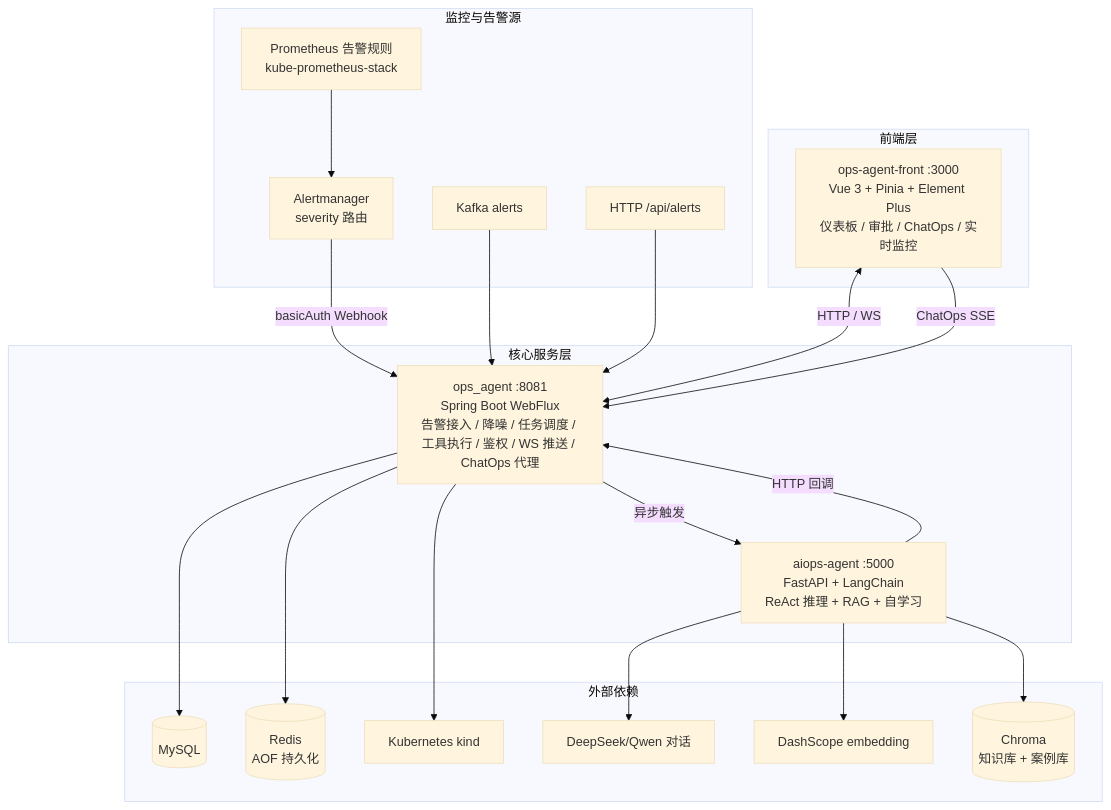
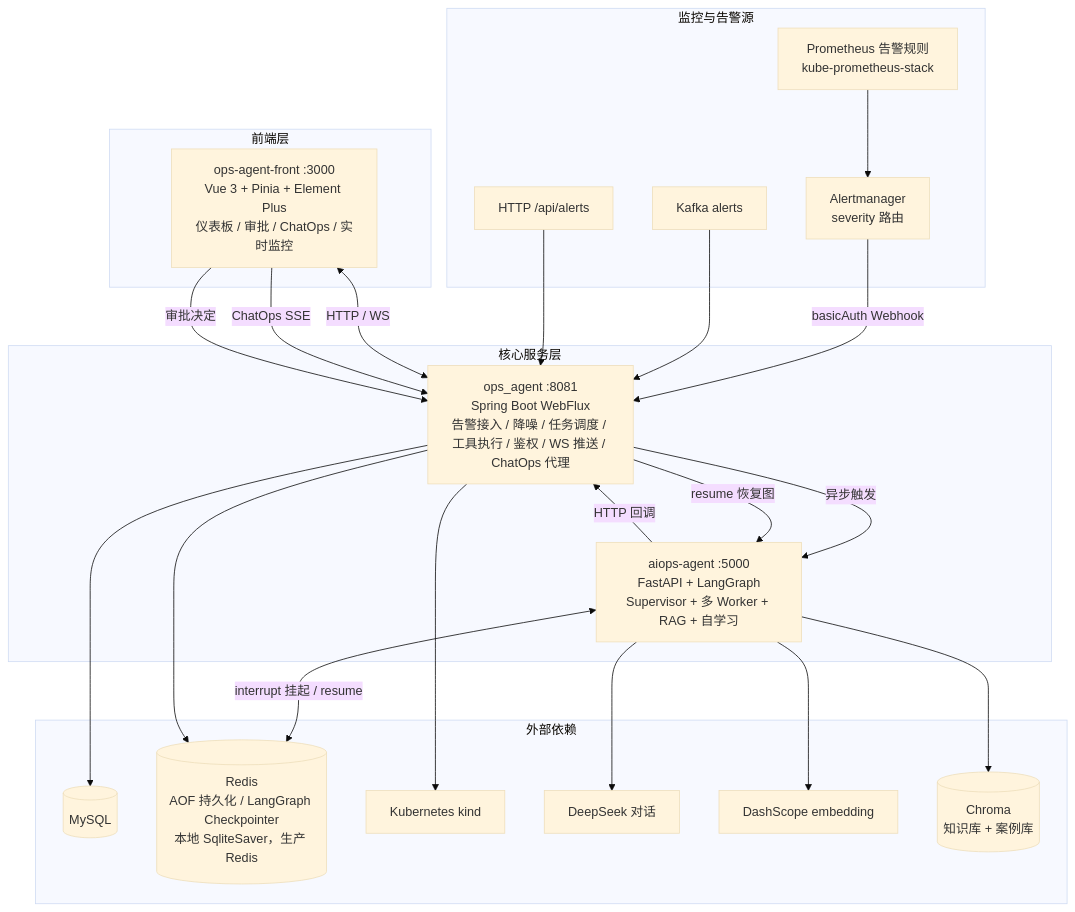
One commit to scwjsdgs/AiOps changed the first of 2 diagrams in README.md. Above: the diagram before and after it, drawn with Mermaid (base theme). The commit also changed other lines of this file and 2 other files, not shown here.

````diff
--- a/README.md
+++ b/README.md
@@ -36,42 +36,45 @@
 ```mermaid
 flowchart TB
     subgraph 监控与告警源
         PR[Prometheus 告警规则<br>kube-prometheus-stack]
         AM[Alertmanager<br>severity 路由]
         K[Kafka alerts]
         H[HTTP /api/alerts]
     end
 
     subgraph 前端层
         F[ops-agent-front :3000<br>Vue 3 + Pinia + Element Plus<br>仪表板 / 审批 / ChatOps / 实时监控]
     end
 
     subgraph 核心服务层
         J[ops_agent :8081<br>Spring Boot WebFlux<br>告警接入 / 降噪 / 任务调度 / 工具执行 / 鉴权 / WS 推送 / ChatOps 代理]
-        P[aiops-agent :5000<br>FastAPI + LangChain<br>ReAct 推理 + RAG + 自学习]
+        P[aiops-agent :5000<br>FastAPI + LangGraph<br>Supervisor + 多 Worker + RAG + 自学习]
     end
 
     subgraph 外部依赖
         DB[(MySQL)]
-        R[(Redis<br>AOF 持久化)]
+        R[(Redis<br>AOF 持久化 / LangGraph Checkpointer<br>本地 SqliteSaver，生产 Redis)]
         K8S[Kubernetes kind]
-        LLM[DeepSeek/Qwen 对话]
+        LLM[DeepSeek 对话]
         EMB[DashScope embedding]
         CH[(Chroma<br>知识库 + 案例库)]
     end
 
     PR --> AM
     AM -->|basicAuth Webhook| J
     K --> J
     H --> J
     F <-->|HTTP / WS| J
     F -->|ChatOps SSE| J
     J -->|异步触发| P
+    F -->|审批决定| J
+    J -->|resume 恢复图| P
     P -->|HTTP 回调| J
+    P <-->|interrupt 挂起 / resume| R
     J --> DB
     J --> R
     J --> K8S
     P --> LLM
     P --> EMB
     P --> CH
 ```
````
